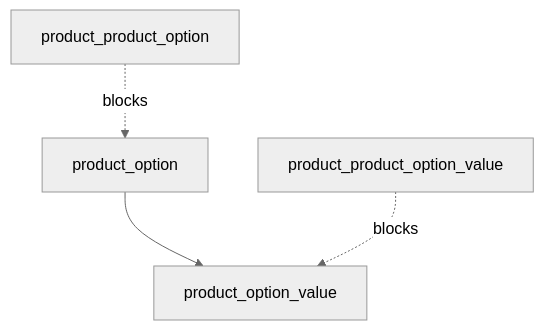
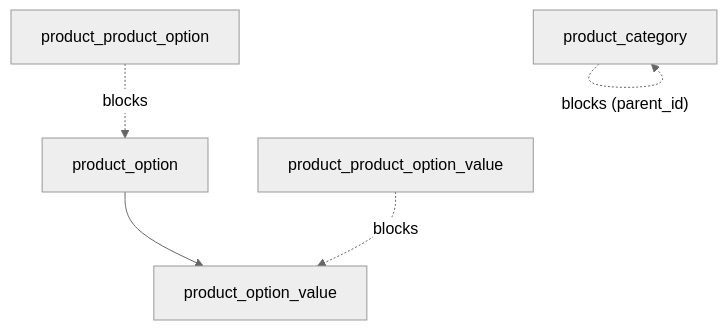
One commit to wildcant/proteus changed the eighth of 9 diagrams in docs/soft-delete-cascade.md. Above: the diagram before and after it, drawn with Mermaid (neutral theme). The commit also changed other lines of this file and 30 other files, not shown here.

````diff
--- a/docs/soft-delete-cascade.md
+++ b/docs/soft-delete-cascade.md
@@ -251,6 +251,7 @@
 ```mermaid
 flowchart TD
   PO["product_option"] --> POV["product_option_value"]
   PPO["product_product_option"] -. blocks .-> PO
   PPOV["product_product_option_value"] -. blocks .-> POV
+  PC["product_category"] -. "blocks (parent_id)" .-> PC
 ```
````
